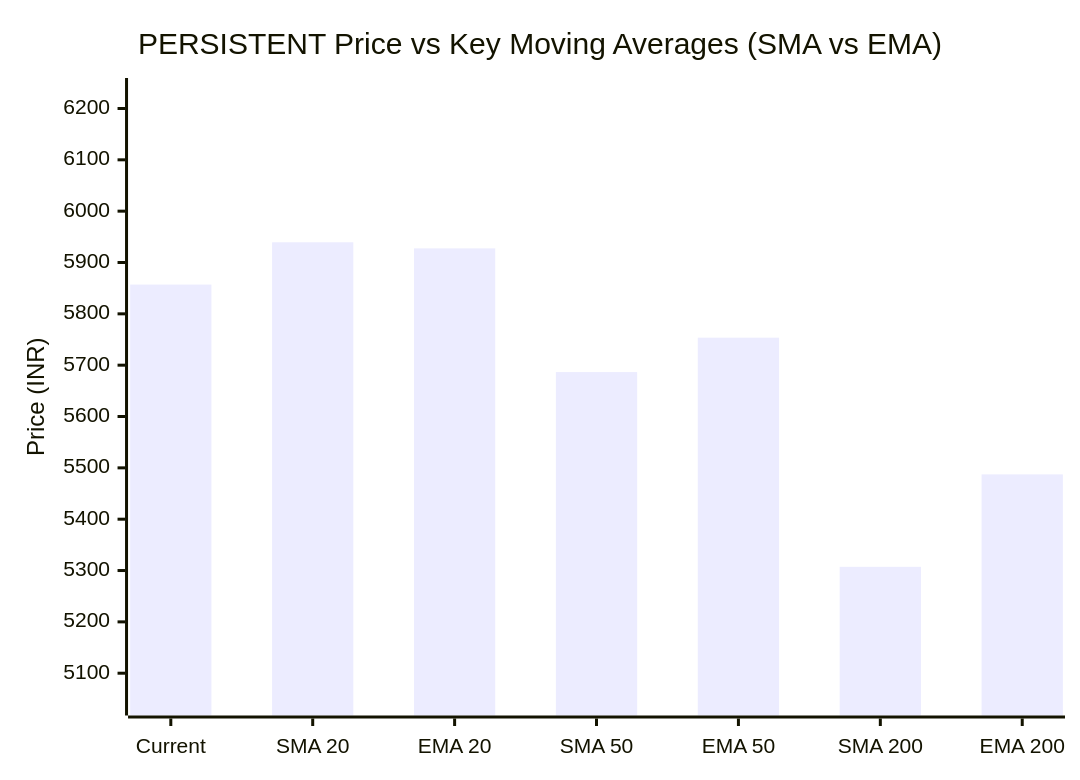
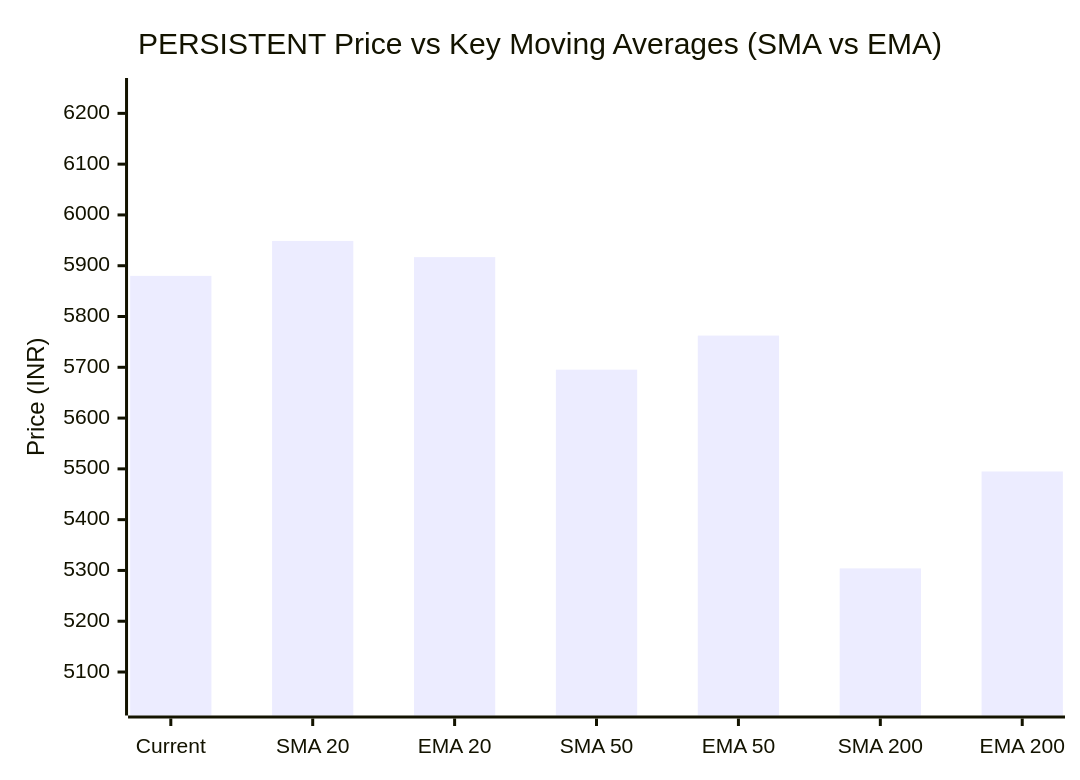
One commit to purnareddy9/dev changed the third of 3 diagrams in market-intelligence/stocks/PERSISTENT/README.md. Above: the diagram before and after it, drawn with Mermaid. The commit also changed other lines of this file and 4 other files, not shown here.

````diff
--- a/market-intelligence/stocks/PERSISTENT/README.md
+++ b/market-intelligence/stocks/PERSISTENT/README.md
@@ -104,7 +104,7 @@
 ```mermaid
 xychart-beta
     title "PERSISTENT Price vs Key Moving Averages (SMA vs EMA)"
     x-axis ["Current", "SMA 20", "EMA 20", "SMA 50", "EMA 50", "SMA 200", "EMA 200"]
-    y-axis "Price (INR)" 5041 --> 6236
-    bar [5857.0, 5939.35, 5927.55, 5686.57, 5753.55, 5307.21, 5487.31]
+    y-axis "Price (INR)" 5038 --> 6246
+    bar [5880.0, 5948.77, 5916.94, 5695.31, 5762.4, 5304.04, 5494.86]
 ```
````
